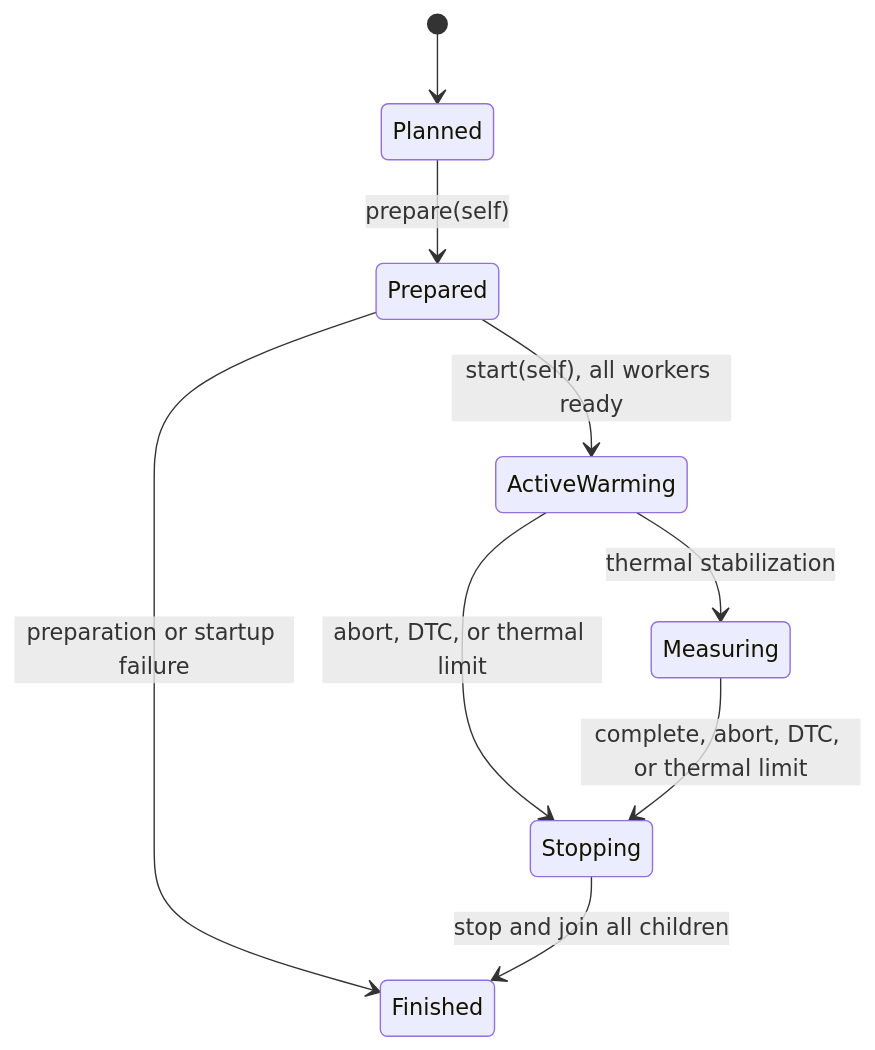
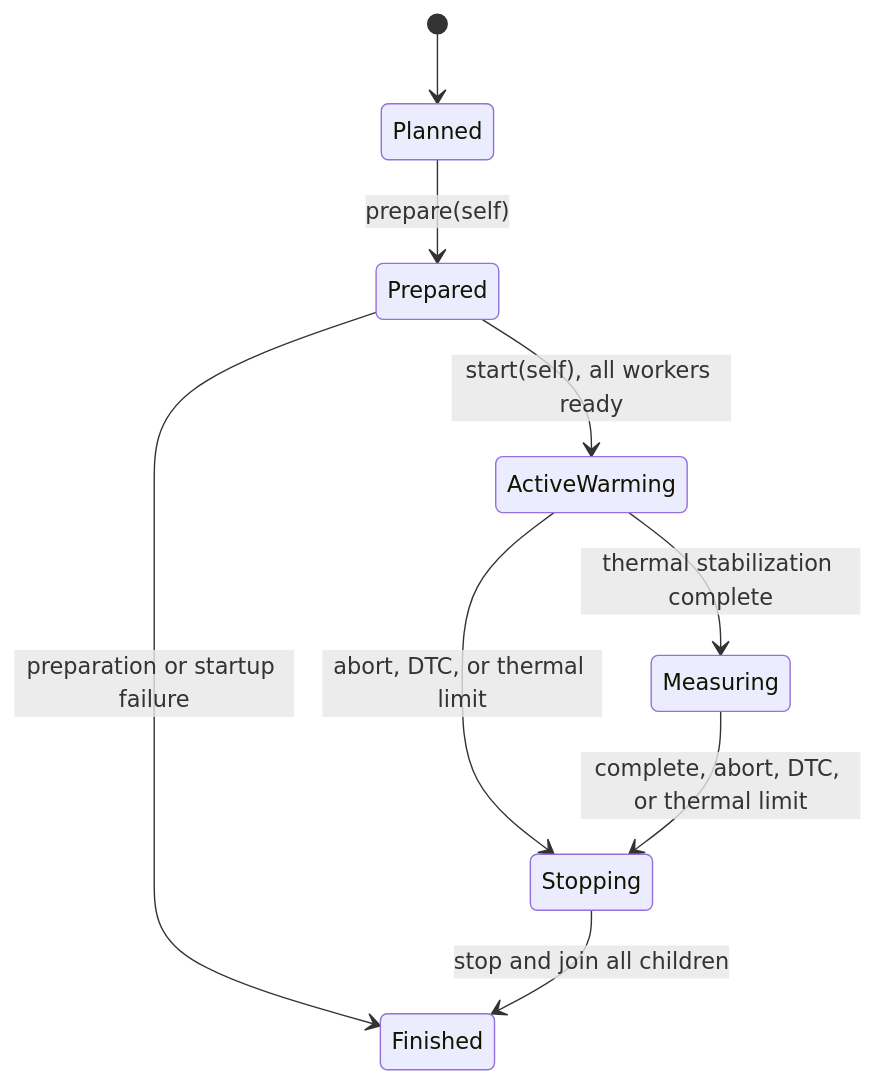
Before and after one commit to sirius-cc-wu/nana-st: the diagram in docs/features/wasm-realtime-runner/rust-lifecycle.md, drawn with Mermaid. The commit also changed other lines of this file and 11 other files, not shown here.

````diff
--- a/docs/features/wasm-realtime-runner/rust-lifecycle.md
+++ b/docs/features/wasm-realtime-runner/rust-lifecycle.md
@@ -88,11 +71,11 @@
 ```mermaid
 stateDiagram-v2
     [*] --> Planned
     Planned --> Prepared: prepare(self)
     Prepared --> ActiveWarming: start(self), all workers ready
     Prepared --> Finished: preparation or startup failure
-    ActiveWarming --> Measuring: thermal stabilization
+    ActiveWarming --> Measuring: thermal stabilization complete
     ActiveWarming --> Stopping: abort, DTC, or thermal limit
     Measuring --> Stopping: complete, abort, DTC, or thermal limit
     Stopping --> Finished: stop and join all children
 ```
````
